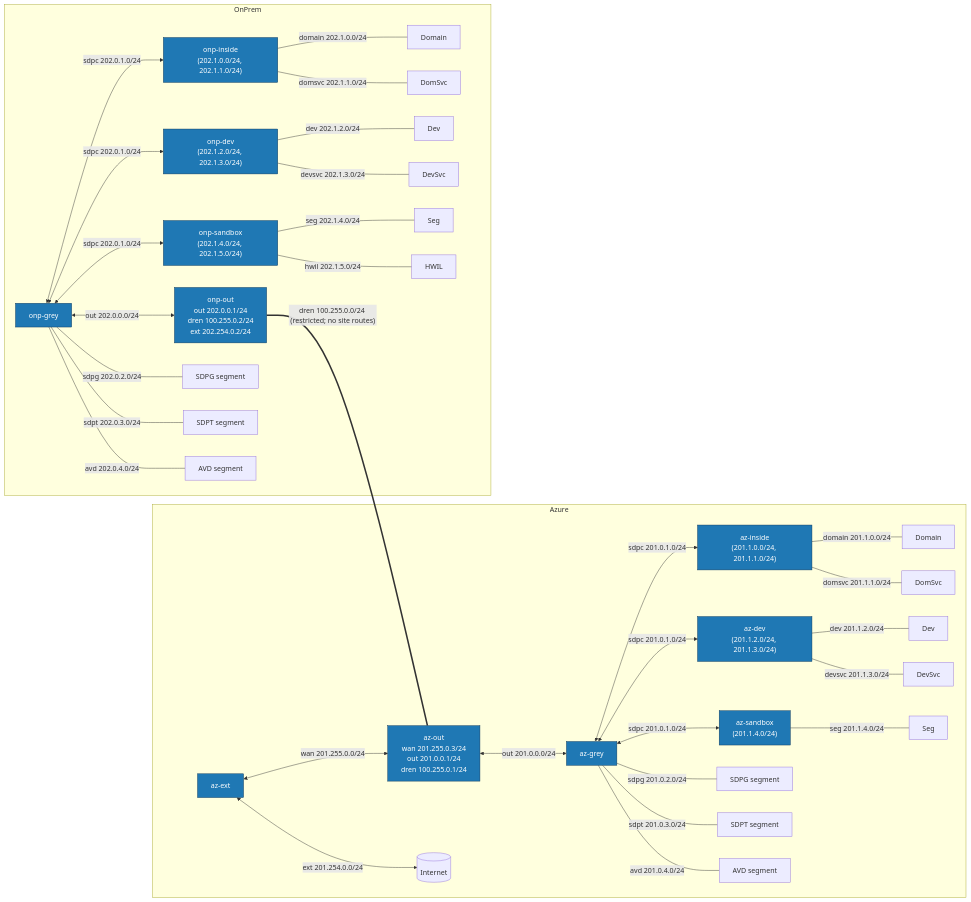
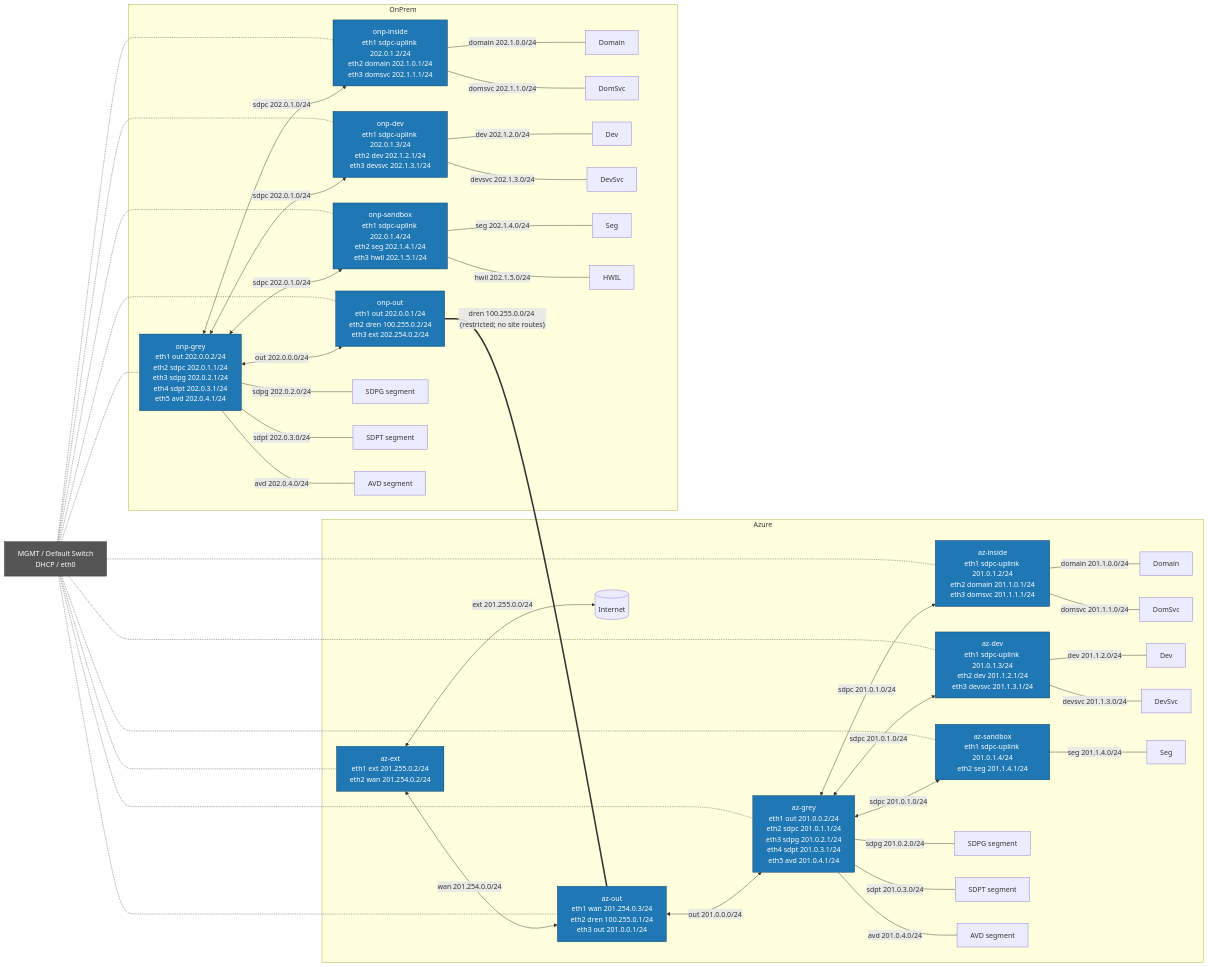
Before and after one commit to cantrellr/vyos-appgate-dren-lab: the diagram in diagrams/routing-topology.mmd, drawn with Mermaid. The commit also changed 18 other files, not shown here.

```diff
--- a/diagrams/routing-topology.mmd
+++ b/diagrams/routing-topology.mmd
@@ -1,51 +1,69 @@
+%% eth0 = MGMT via Hyper-V Default Switch (DHCP). eth1+ = data-plane.
 flowchart LR
     classDef router fill:#1f78b4,stroke:#0b3558,color:#ffffff;
+    classDef mgmt fill:#555,stroke:#222,color:#fff;
+
+    MGMT["MGMT / Default Switch<br/>DHCP / eth0"]:::mgmt
 
     subgraph Azure
-        az_ext["az-ext"]:::router
-        az_out["az-out\nwan 201.255.0.3/24\nout 201.0.0.1/24\ndren 100.255.0.1/24"]:::router
-        az_grey["az-grey"]:::router
-        az_inside["az-inside\n(201.1.0.0/24, 201.1.1.0/24)"]:::router
-        az_dev["az-dev\n(201.1.2.0/24, 201.1.3.0/24)"]:::router
-        az_sandbox["az-sandbox\n(201.1.4.0/24)"]:::router
+        az_ext["az-ext<br/>eth1 ext 201.255.0.2/24<br/>eth2 wan 201.254.0.2/24"]:::router
+        az_out["az-out<br/>eth1 wan 201.254.0.3/24<br/>eth2 dren 100.255.0.1/24<br/>eth3 out 201.0.0.1/24"]:::router
+        az_grey["az-grey<br/>eth1 out 201.0.0.2/24<br/>eth2 sdpc 201.0.1.1/24<br/>eth3 sdpg 201.0.2.1/24<br/>eth4 sdpt 201.0.3.1/24<br/>eth5 avd 201.0.4.1/24"]:::router
+        az_inside["az-inside<br/>eth1 sdpc-uplink 201.0.1.2/24<br/>eth2 domain 201.1.0.1/24<br/>eth3 domsvc 201.1.1.1/24"]:::router
+        az_dev["az-dev<br/>eth1 sdpc-uplink 201.0.1.3/24<br/>eth2 dev 201.1.2.1/24<br/>eth3 devsvc 201.1.3.1/24"]:::router
+        az_sandbox["az-sandbox<br/>eth1 sdpc-uplink 201.0.1.4/24<br/>eth2 seg 201.1.4.1/24"]:::router
         internet[("Internet")]
 
-        az_ext <--> |"ext 201.254.0.0/24"| internet
-        az_ext <--> |"wan 201.255.0.0/24"| az_out
+        az_ext <--> |"ext 201.255.0.0/24"| internet
+        az_ext <--> |"wan 201.254.0.0/24"| az_out
         az_out <--> |"out 201.0.0.0/24"| az_grey
         az_grey <--> |"sdpc 201.0.1.0/24"| az_inside
         az_grey <--> |"sdpc 201.0.1.0/24"| az_dev
         az_grey <--> |"sdpc 201.0.1.0/24"| az_sandbox
         az_inside --- |"domain 201.1.0.0/24"| az_domain["Domain"]
         az_inside --- |"domsvc 201.1.1.0/24"| az_domsvc["DomSvc"]
         az_dev --- |"dev 201.1.2.0/24"| az_devnet["Dev"]
         az_dev --- |"devsvc 201.1.3.0/24"| az_devsvc["DevSvc"]
         az_sandbox --- |"seg 201.1.4.0/24"| az_seg["Seg"]
         az_grey --- |"sdpg 201.0.2.0/24"| az_sdpg["SDPG segment"]
         az_grey --- |"sdpt 201.0.3.0/24"| az_sdpt["SDPT segment"]
         az_grey --- |"avd 201.0.4.0/24"| az_avd["AVD segment"]
     end
 
     subgraph OnPrem
-        onp_out["onp-out\nout 202.0.0.1/24\ndren 100.255.0.2/24\next 202.254.0.2/24"]:::router
-        onp_grey["onp-grey"]:::router
-        onp_inside["onp-inside\n(202.1.0.0/24, 202.1.1.0/24)"]:::router
-        onp_dev["onp-dev\n(202.1.2.0/24, 202.1.3.0/24)"]:::router
-        onp_sandbox["onp-sandbox\n(202.1.4.0/24, 202.1.5.0/24)"]:::router
+        onp_out["onp-out<br/>eth1 out 202.0.0.1/24<br/>eth2 dren 100.255.0.2/24<br/>eth3 ext 202.254.0.2/24"]:::router
+        onp_grey["onp-grey<br/>eth1 out 202.0.0.2/24<br/>eth2 sdpc 202.0.1.1/24<br/>eth3 sdpg 202.0.2.1/24<br/>eth4 sdpt 202.0.3.1/24<br/>eth5 avd 202.0.4.1/24"]:::router
+        onp_inside["onp-inside<br/>eth1 sdpc-uplink 202.0.1.2/24<br/>eth2 domain 202.1.0.1/24<br/>eth3 domsvc 202.1.1.1/24"]:::router
+        onp_dev["onp-dev<br/>eth1 sdpc-uplink 202.0.1.3/24<br/>eth2 dev 202.1.2.1/24<br/>eth3 devsvc 202.1.3.1/24"]:::router
+        onp_sandbox["onp-sandbox<br/>eth1 sdpc-uplink 202.0.1.4/24<br/>eth2 seg 202.1.4.1/24<br/>eth3 hwil 202.1.5.1/24"]:::router
 
         onp_grey <--> |"out 202.0.0.0/24"| onp_out
         onp_grey <--> |"sdpc 202.0.1.0/24"| onp_inside
         onp_grey <--> |"sdpc 202.0.1.0/24"| onp_dev
         onp_grey <--> |"sdpc 202.0.1.0/24"| onp_sandbox
         onp_inside --- |"domain 202.1.0.0/24"| onp_domain["Domain"]
         onp_inside --- |"domsvc 202.1.1.0/24"| onp_domsvc["DomSvc"]
         onp_dev --- |"dev 202.1.2.0/24"| onp_devnet["Dev"]
         onp_dev --- |"devsvc 202.1.3.0/24"| onp_devsvc["DevSvc"]
         onp_sandbox --- |"seg 202.1.4.0/24"| onp_seg["Seg"]
         onp_sandbox --- |"hwil 202.1.5.0/24"| onp_hwil["HWIL"]
         onp_grey --- |"sdpg 202.0.2.0/24"| onp_sdpg["SDPG segment"]
         onp_grey --- |"sdpt 202.0.3.0/24"| onp_sdpt["SDPT segment"]
         onp_grey --- |"avd 202.0.4.0/24"| onp_avd["AVD segment"]
     end
 
+    %% DREN (restricted)
     onp_out ===|"dren 100.255.0.0/24 (restricted; no site routes)"| az_out
+
+    %% MGMT oob connections (eth0 DHCP)
+    MGMT -.- az_ext
+    MGMT -.- az_out
+    MGMT -.- az_grey
+    MGMT -.- az_inside
+    MGMT -.- az_dev
+    MGMT -.- az_sandbox
+    MGMT -.- onp_out
+    MGMT -.- onp_grey
+    MGMT -.- onp_inside
+    MGMT -.- onp_dev
+    MGMT -.- onp_sandbox
```
